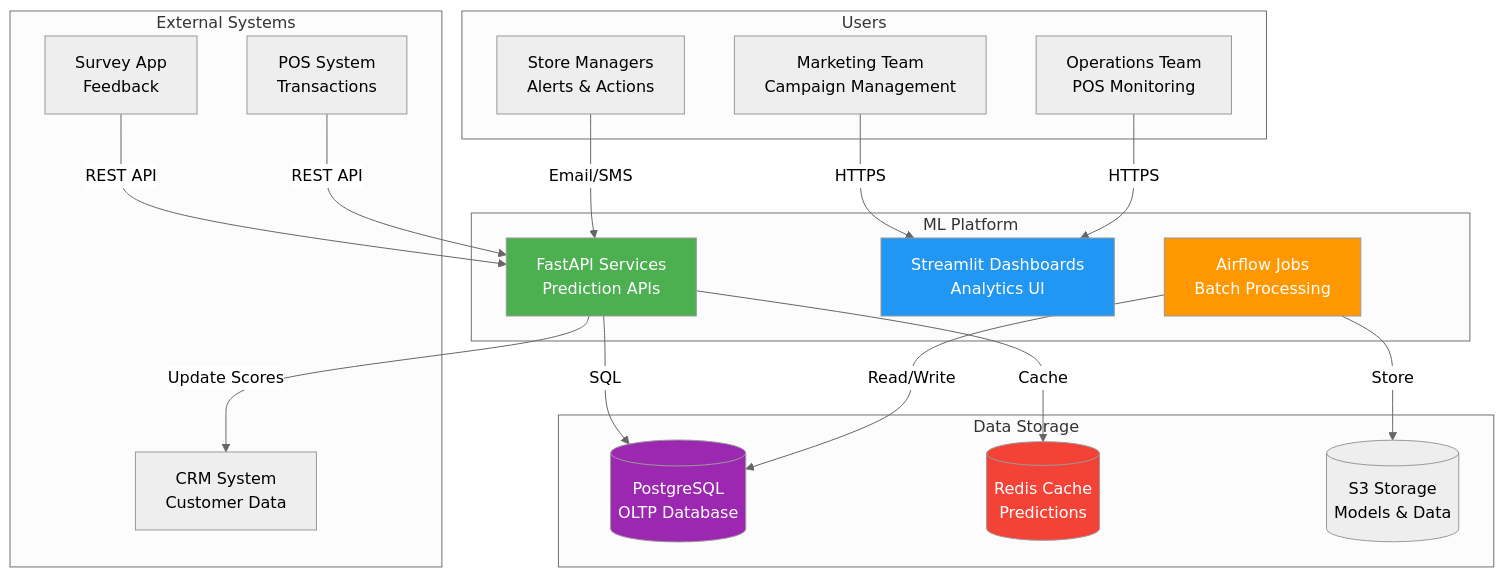
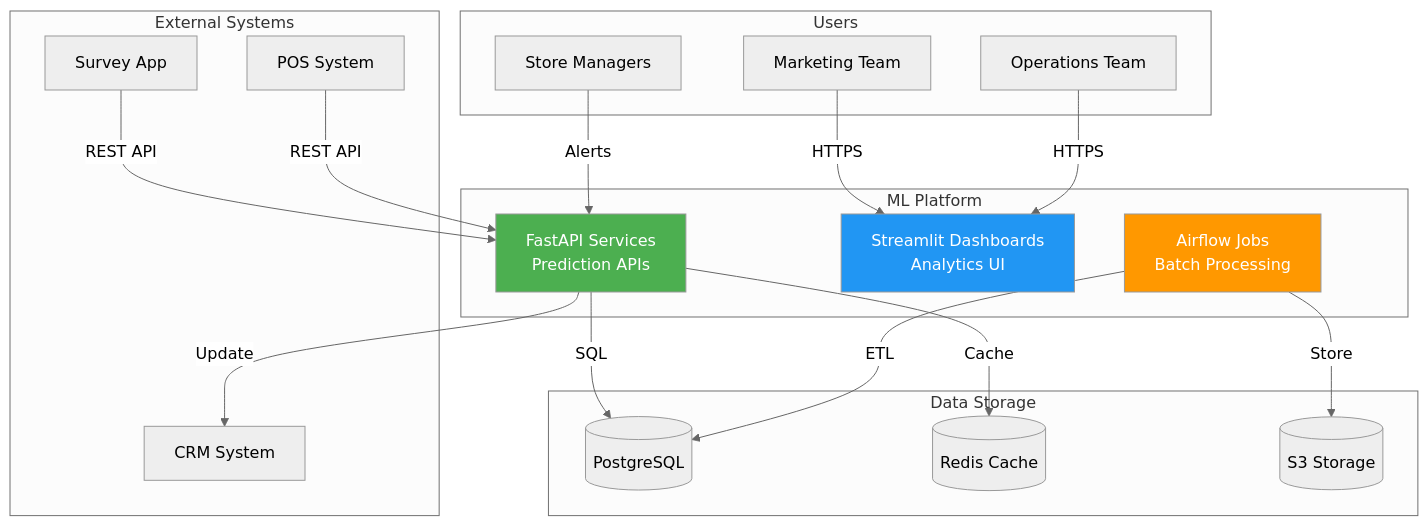
Before and after one commit to interview-tasks/Inforotor_AI_developer: the tenth of 12 diagrams in README.md, drawn with Mermaid (neutral theme). The commit also changed other lines of this file, not shown here.

````diff
--- a/README.md
+++ b/README.md
@@ -1783,45 +547,43 @@
 ```mermaid
 graph TB
     subgraph "Users"
-        U1[Marketing Team<br/>Campaign Management]
-        U2[Operations Team<br/>POS Monitoring]
-        U3[Store Managers<br/>Alerts & Actions]
+        U1[Marketing Team]
+        U2[Operations Team]
+        U3[Store Managers]
     end
 
     subgraph "ML Platform"
         API[FastAPI Services<br/>Prediction APIs]
         DASH[Streamlit Dashboards<br/>Analytics UI]
         BATCH[Airflow Jobs<br/>Batch Processing]
     end
 
     subgraph "External Systems"
-        POS[POS System<br/>Transactions]
-        SURVEY[Survey App<br/>Feedback]
-        CRM[CRM System<br/>Customer Data]
+        POS[POS System]
+        SURVEY[Survey App]
+        CRM[CRM System]
     end
 
     subgraph "Data Storage"
-        DB[(PostgreSQL<br/>OLTP Database)]
-        CACHE[(Redis Cache<br/>Predictions)]
-        S3[(S3 Storage<br/>Models & Data)]
+        DB[(PostgreSQL)]
+        CACHE[(Redis Cache)]
+        S3[(S3 Storage)]
     end
 
     SURVEY -->|REST API| API
     POS -->|REST API| API
-    API -->|Update Scores| CRM
+    API -->|Update| CRM
 
     U1 -->|HTTPS| DASH
     U2 -->|HTTPS| DASH
-    U3 -->|Email/SMS| API
+    U3 -->|Alerts| API
 
     API -->|SQL| DB
     API -->|Cache| CACHE
     BATCH -->|Store| S3
-    BATCH -->|Read/Write| DB
+    BATCH -->|ETL| DB
 
     style API fill:#4CAF50,color:#fff
     style DASH fill:#2196F3,color:#fff
     style BATCH fill:#FF9800,color:#fff
-    style DB fill:#9C27B0,color:#fff
-    style CACHE fill:#F44336,color:#fff
 ```
````
